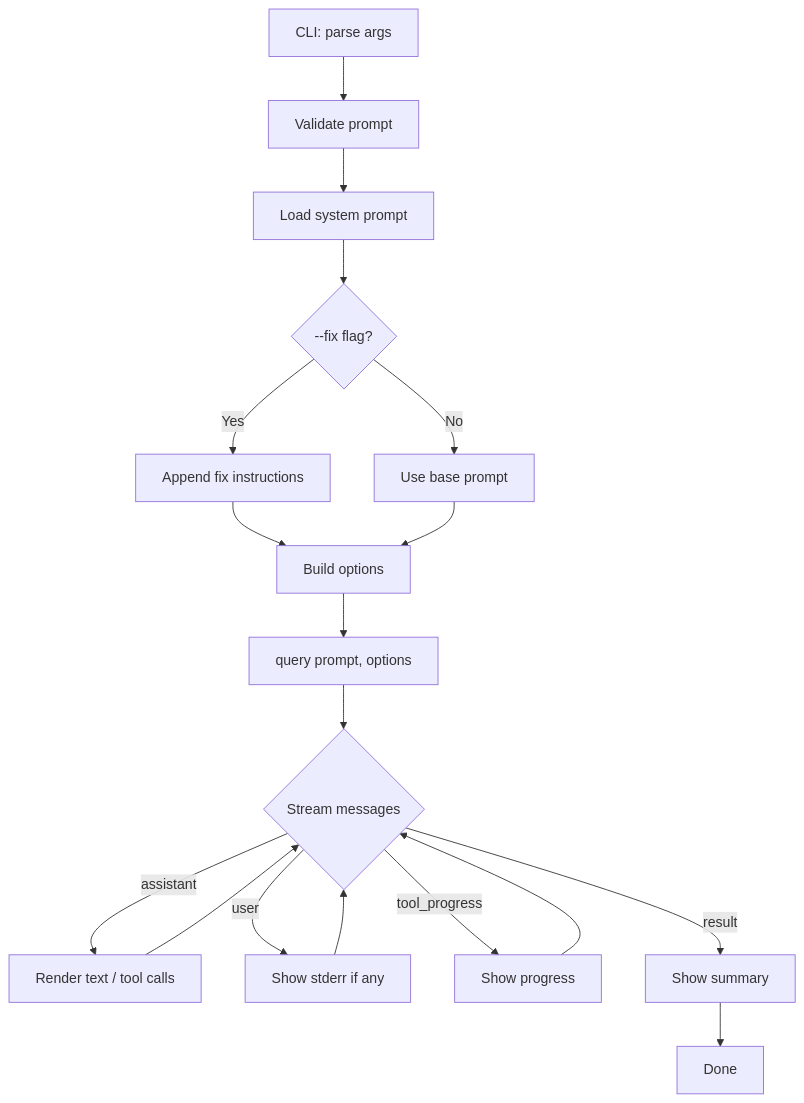
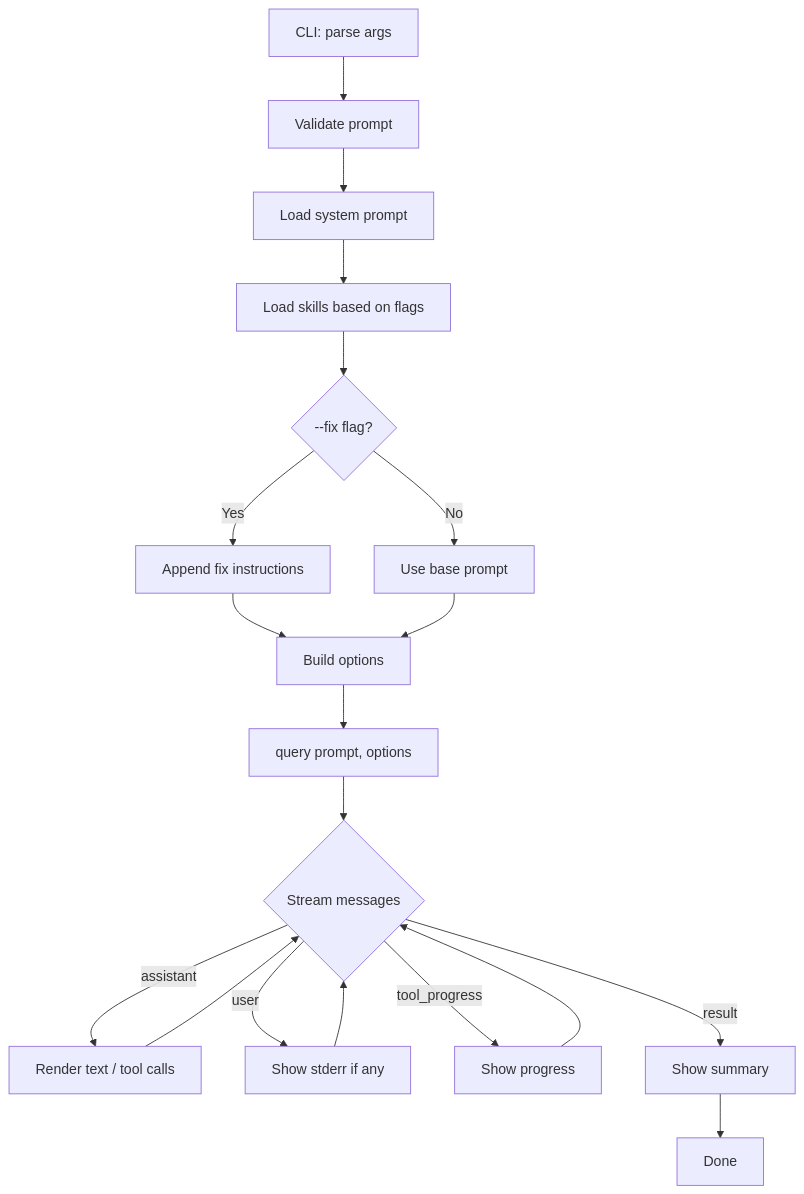
Before and after one commit to PaulBratslavsky/code-review-agent-cli: the first of 2 diagrams in README.md, drawn with Mermaid. The commit also changed other lines of this file and 8 other files, not shown here.

````diff
--- a/README.md
+++ b/README.md
@@ -200,22 +280,23 @@
 ```mermaid
 flowchart TD
     A[CLI: parse args] --> B[Validate prompt]
     B --> C[Load system prompt]
-    C --> D{--fix flag?}
+    C --> C2[Load skills based on flags]
+    C2 --> D{--fix flag?}
     D -- Yes --> E[Append fix instructions]
     D -- No --> F[Use base prompt]
     E --> G[Build options]
     F --> G
     G --> H[query prompt, options]
 
     H --> I{Stream messages}
     I -- assistant --> J[Render text / tool calls]
     I -- user --> K[Show stderr if any]
     I -- tool_progress --> L[Show progress]
     I -- result --> M[Show summary]
 
     J --> I
     K --> I
     L --> I
     M --> N[Done]
 ```
````
